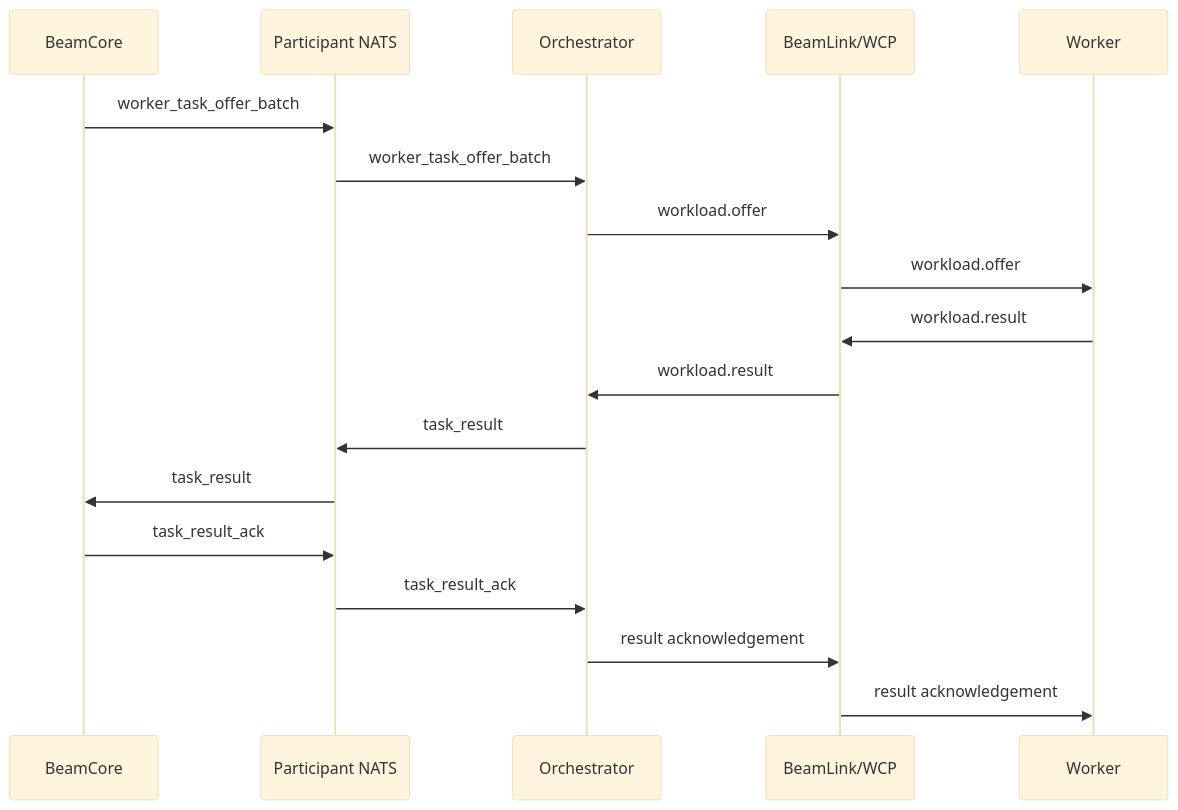
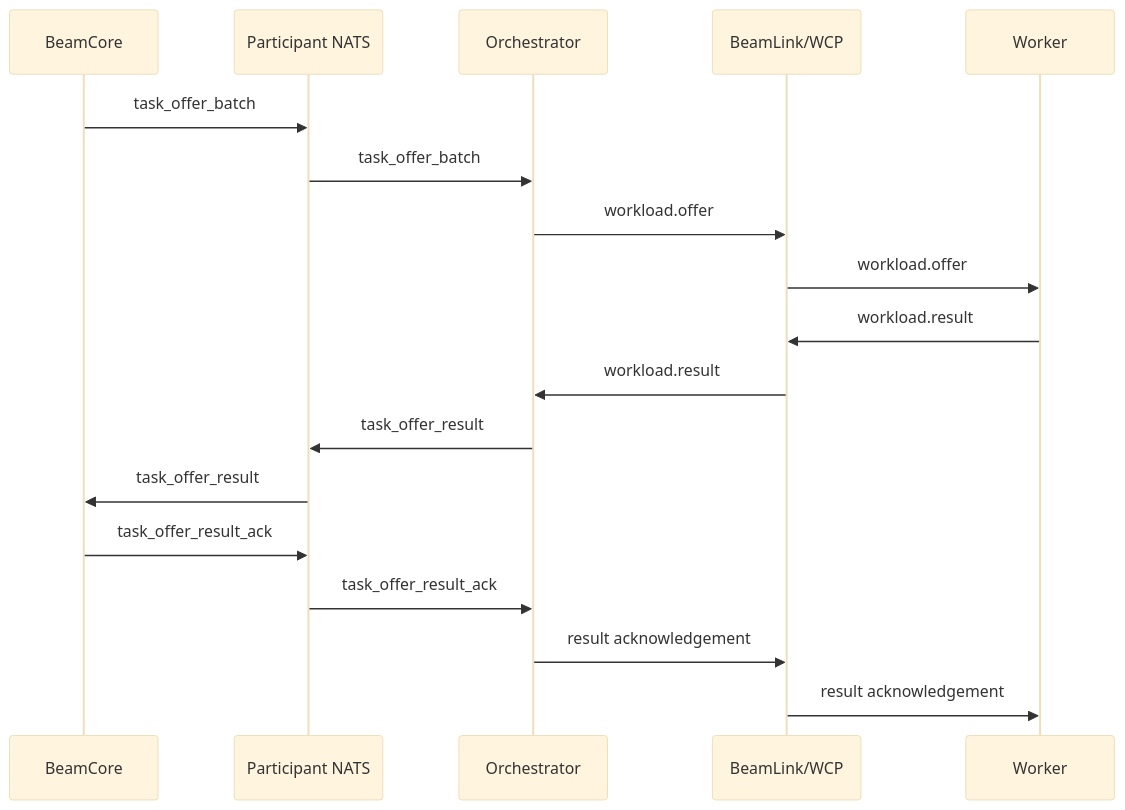
The diagram in guide/ws-protocol.md (Beam-Network/beam), drawn with Mermaid (base theme) before and after one commit. The commit also changed other lines of this file and 30 other files, not shown here.

First line of the commit message:
Refactor BeamCore task offer control flow

````diff
--- a/guide/ws-protocol.md
+++ b/guide/ws-protocol.md
@@ -7,21 +7,21 @@
 ```mermaid
 sequenceDiagram
     participant BC as BeamCore
     participant NATS as Participant NATS
     participant O as Orchestrator
     participant WCP as BeamLink/WCP
     participant W as Worker
 
-    BC->>NATS: worker_task_offer_batch
-    NATS->>O: worker_task_offer_batch
+    BC->>NATS: task_offer_batch
+    NATS->>O: task_offer_batch
     O->>WCP: workload.offer
     WCP->>W: workload.offer
     W->>WCP: workload.result
     WCP->>O: workload.result
-    O->>NATS: task_result
-    NATS->>BC: task_result
-    BC->>NATS: task_result_ack
-    NATS->>O: task_result_ack
+    O->>NATS: task_offer_result
+    NATS->>BC: task_offer_result
+    BC->>NATS: task_offer_result_ack
+    NATS->>O: task_offer_result_ack
     O->>WCP: result acknowledgement
     WCP->>W: result acknowledgement
 ```
````
